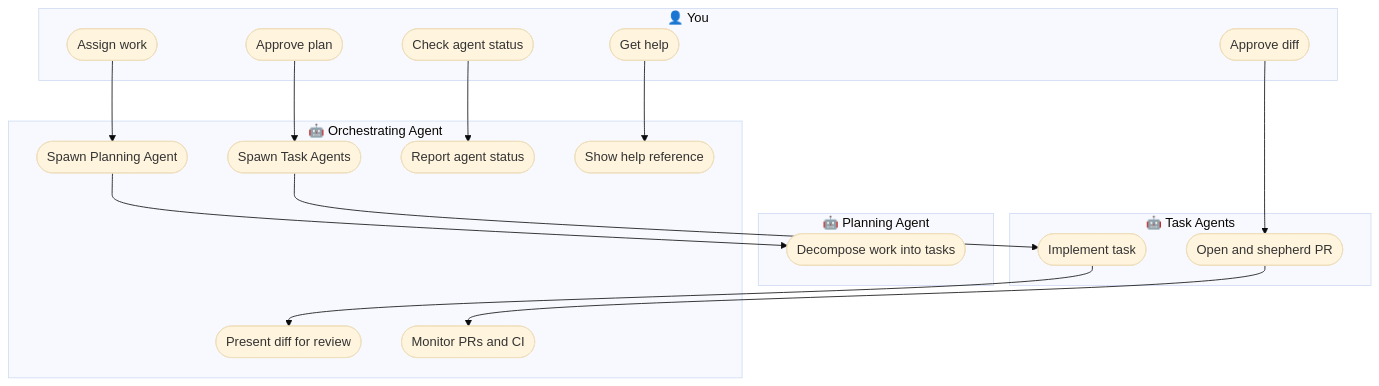
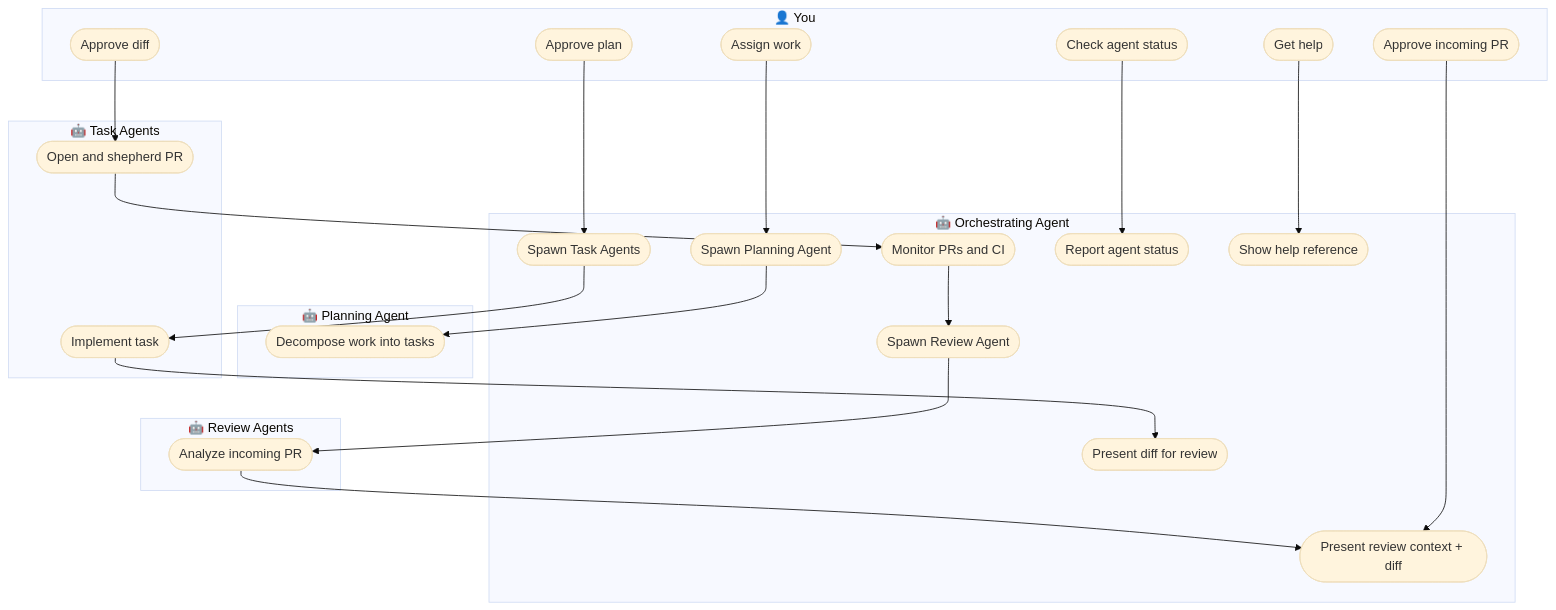
Before and after one commit to evanisnor/dispatch: the diagram in README.md, drawn with Mermaid (base theme). The commit also changed other lines of this file, not shown here.

First line of the commit message:
Update README for Code Review feature

````diff
--- a/README.md
+++ b/README.md
@@ -14,38 +15,49 @@
 ```mermaid
 graph TD
     subgraph you ["👤 You"]
         uc_assign(["Assign work"])
         uc_approve_plan(["Approve plan"])
         uc_approve_diff(["Approve diff"])
+        uc_approve_review(["Approve incoming PR"])
         uc_status(["Check agent status"])
         uc_help(["Get help"])
     end
 
     subgraph oa ["🤖 Orchestrating Agent"]
         uc_spawn_pa(["Spawn Planning Agent"])
         uc_spawn_ta(["Spawn Task Agents"])
+        uc_spawn_ra(["Spawn Review Agent"])
         uc_present(["Present diff for review"])
+        uc_present_review(["Present review context + diff"])
         uc_monitor(["Monitor PRs and CI"])
         uc_show_status(["Report agent status"])
         uc_show_help(["Show help reference"])
     end
 
     subgraph pa ["🤖 Planning Agent"]
         uc_plan(["Decompose work into tasks"])
     end
 
     subgraph ta ["🤖 Task Agents"]
         uc_implement(["Implement task"])
         uc_pr(["Open and shepherd PR"])
     end
 
+    subgraph ra ["🤖 Review Agents"]
+        uc_analyze(["Analyze incoming PR"])
+    end
+
     uc_assign --> uc_spawn_pa
     uc_spawn_pa --> uc_plan
     uc_approve_plan --> uc_spawn_ta
     uc_spawn_ta --> uc_implement
     uc_implement --> uc_present
     uc_approve_diff --> uc_pr
     uc_pr --> uc_monitor
+    uc_monitor --> uc_spawn_ra
+    uc_spawn_ra --> uc_analyze
+    uc_analyze --> uc_present_review
+    uc_approve_review --> uc_present_review
     uc_status --> uc_show_status
     uc_help --> uc_show_help
 ```
````
